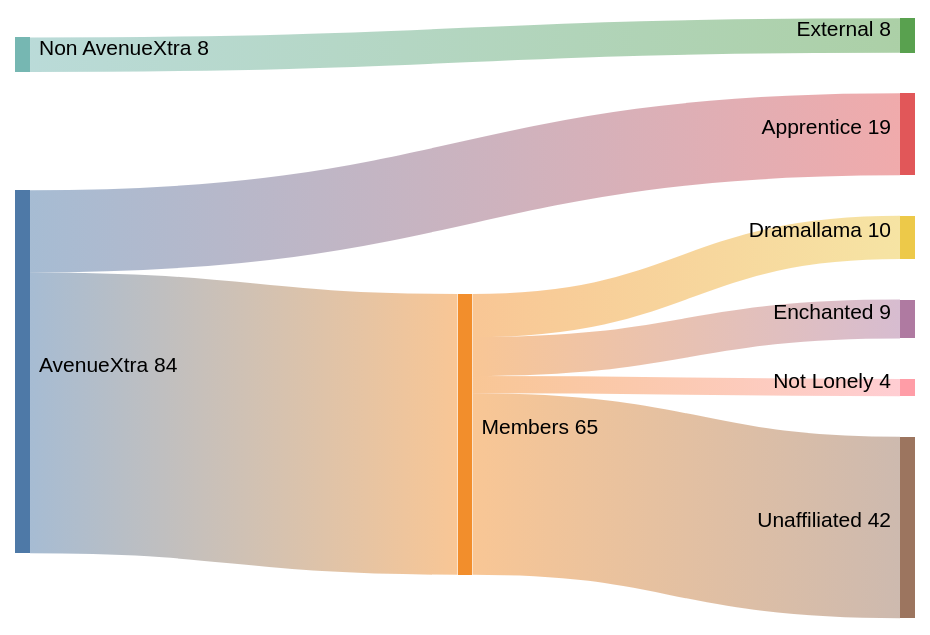
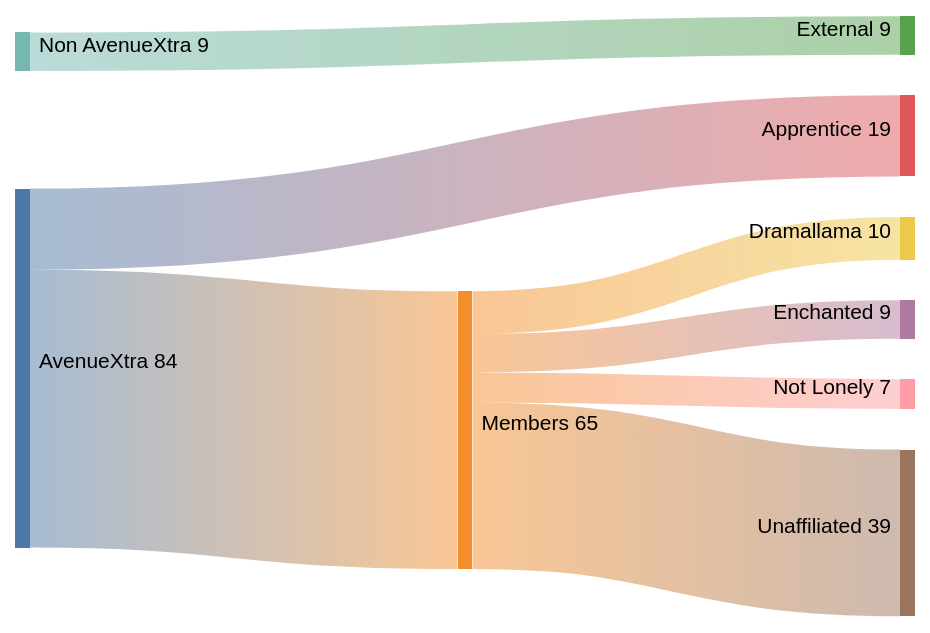
The first of 3 diagrams in content/Guild/Sankey.md (gns168/wwm168), drawn with Mermaid (neutral theme) before and after one commit. The commit also changed 9 other files, not shown here.

````diff
--- a/content/Guild/Sankey.md
+++ b/content/Guild/Sankey.md
@@ -15,12 +15,12 @@
 ```mermaid
 sankey-beta
 
 AvenueXtra, Members, 65
 AvenueXtra, Apprentice, 19
-Non AvenueXtra, External, 8
+Non AvenueXtra, External, 9
 
 Members, Dramallama, 10
 Members, Enchanted,  9
-Members, Not Lonely,  4
-Members, Unaffiliated, 42
+Members, Not Lonely,  7
+Members, Unaffiliated, 39
 ```
````
